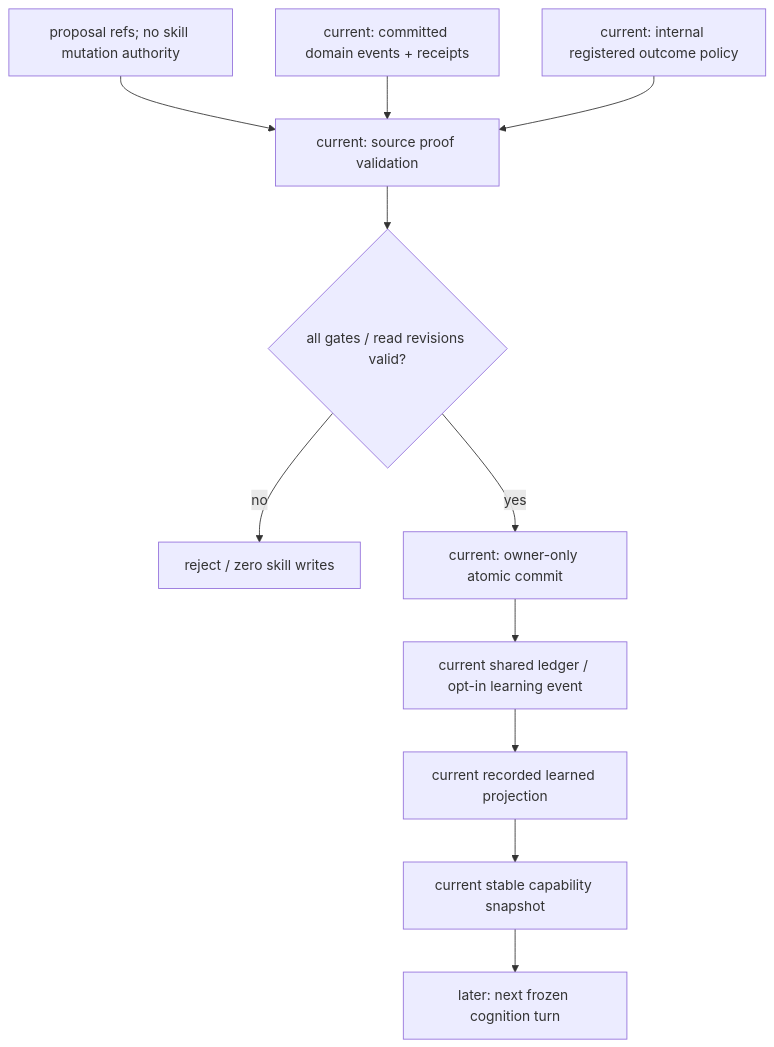
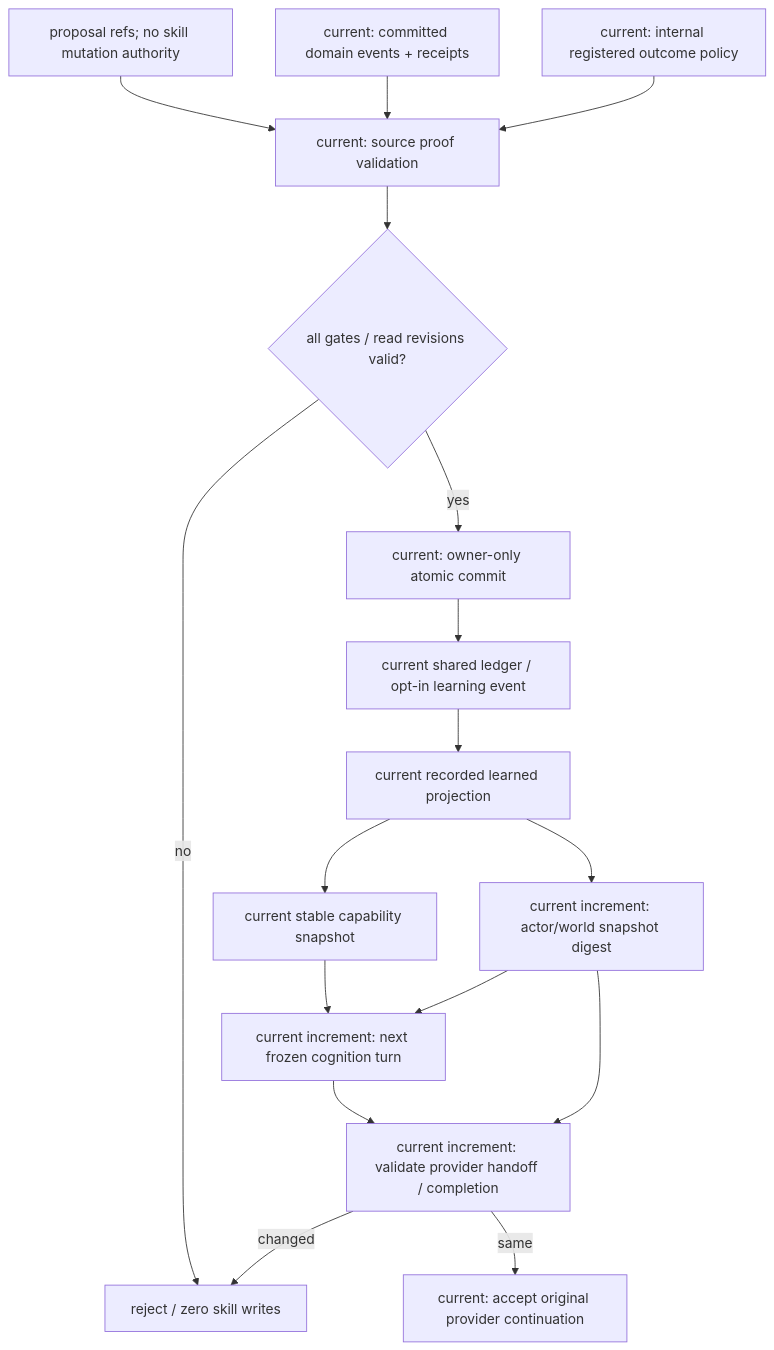
Before and after one commit to Dancing-coin/Paralls-phase0-1: the third of 3 diagrams in docs/superpowers/specs/2026-10-20-registered-learning-authority-design.md, drawn with Mermaid. The commit also changed other lines of this file and 7 other files, not shown here.

Commit message:
feat: bind committed learning facts to frozen cognition turns

````diff
--- a/docs/superpowers/specs/2026-10-20-registered-learning-authority-design.md
+++ b/docs/superpowers/specs/2026-10-20-registered-learning-authority-design.md
@@ -64,12 +78,18 @@
 ```mermaid
 flowchart TD
   P["proposal refs; no skill mutation authority"] --> V["current: source proof validation"]
   W["current: committed domain events + receipts"] --> V
   R["current: internal registered outcome policy"] --> V
   V --> G{"all gates / read revisions valid?"}
   G -->|no| Z["reject / zero skill writes"]
   G -->|yes| O["current: owner-only atomic commit"]
   O --> F["current shared ledger / opt-in learning event"]
   F --> L["current recorded learned projection"] --> B["current stable capability snapshot"]
-  B --> N["later: next frozen cognition turn"]
+  B --> N["current increment: next frozen cognition turn"]
+  L --> H["current increment: actor/world snapshot digest"]
+  H --> N
+  H --> Q["current increment: validate provider handoff / completion"]
+  N --> Q
+  Q -->|changed| Z
+  Q -->|same| A["current: accept original provider continuation"]
 ```
````
